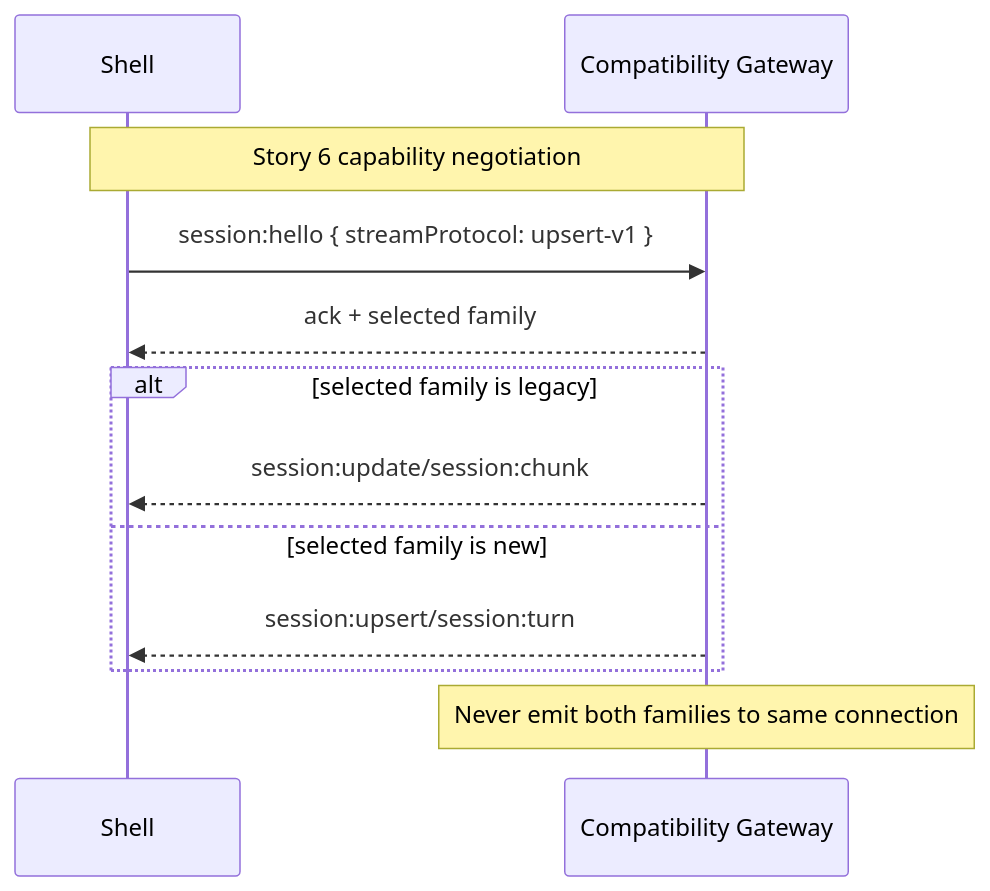
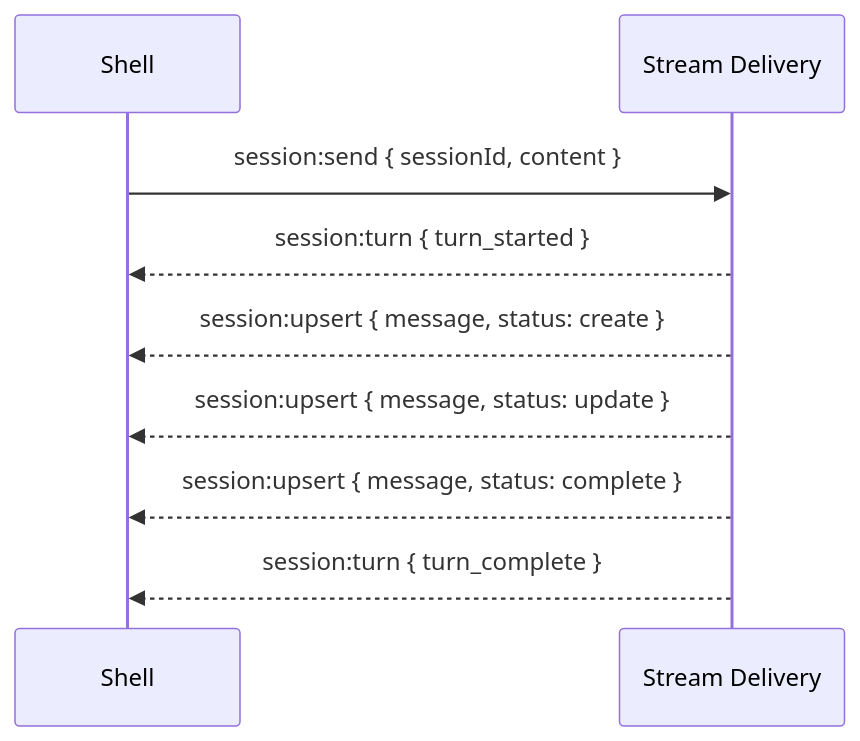
Before and after one commit to liminal-ai/liminal-builder: the sixth of 7 diagrams in docs/epics/02-provider-streaming-pipeline/tech-design.md, drawn with Mermaid. The commit also changed other lines of this file and 3 other files, not shown here.

````diff
--- a/docs/epics/02-provider-streaming-pipeline/tech-design.md
+++ b/docs/epics/02-provider-streaming-pipeline/tech-design.md
@@ -320,17 +316,12 @@
 ```mermaid
 sequenceDiagram
     participant Shell
-    participant WS as Compatibility Gateway
+    participant WS as Stream Delivery
 
-    Note over Shell,WS: Story 6 capability negotiation
-    Shell->>WS: session:hello { streamProtocol: upsert-v1 }
-    WS-->>Shell: ack + selected family
-
-    alt selected family is legacy
-        WS-->>Shell: session:update/session:chunk
-    else selected family is new
-        WS-->>Shell: session:upsert/session:turn
-    end
-
-    Note over WS: Never emit both families to same connection
+    Shell->>WS: session:send { sessionId, content }
+    WS-->>Shell: session:turn { turn_started }
+    WS-->>Shell: session:upsert { message, status: create }
+    WS-->>Shell: session:upsert { message, status: update }
+    WS-->>Shell: session:upsert { message, status: complete }
+    WS-->>Shell: session:turn { turn_complete }
 ```
````
